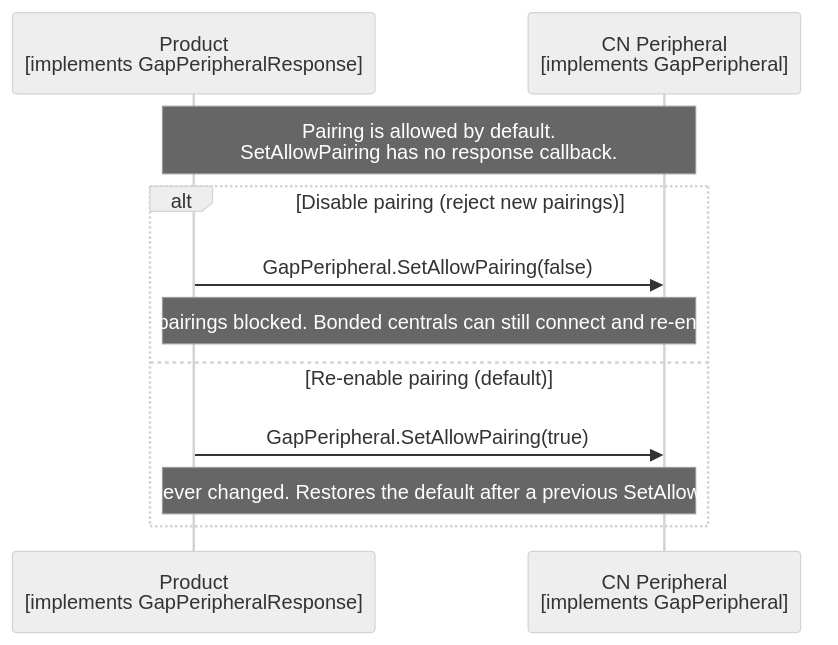
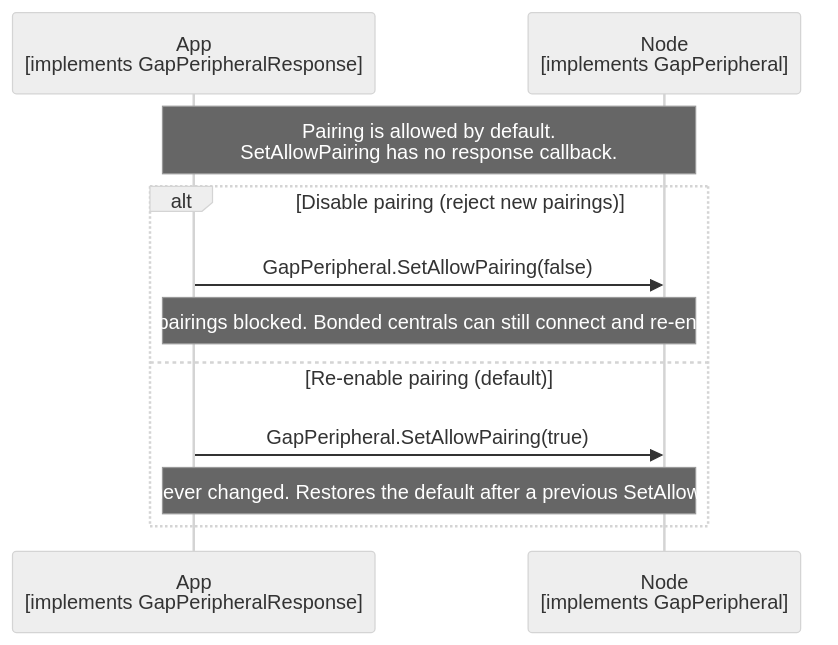
One commit to philips-software/amp-embedded-infra-lib changed the diagram in documents/modules/ROOT/partials/echoservices/gap_peripheral/GapPeripheral_SetAllowPairing_sequence.mmd. Above: the diagram before and after it, drawn with Mermaid (neutral theme). The commit also changed 36 other files, not shown here.

```diff
--- a/documents/modules/ROOT/partials/echoservices/gap_peripheral/GapPeripheral_SetAllowPairing_sequence.mmd
+++ b/documents/modules/ROOT/partials/echoservices/gap_peripheral/GapPeripheral_SetAllowPairing_sequence.mmd
@@ -1,13 +1,13 @@
 sequenceDiagram
-    participant Product as Product<br>[implements GapPeripheralResponse]
-    participant CN as CN Peripheral<br>[implements GapPeripheral]
+    participant App as App<br>[implements GapPeripheralResponse]
+    participant Node as Node<br>[implements GapPeripheral]
 
-    Note over Product, CN: Pairing is allowed by default.<br>SetAllowPairing has no response callback.
+    Note over App, Node: Pairing is allowed by default.<br>SetAllowPairing has no response callback.
 
     alt Disable pairing (reject new pairings)
-        Product->>CN: GapPeripheral.SetAllowPairing(false)
-        Note over Product, CN: New pairings blocked. Bonded centrals can still connect and re-encrypt.
+        App->>Node: GapPeripheral.SetAllowPairing(false)
+        Note over App, Node: New pairings blocked. Bonded centrals can still connect and re-encrypt.
     else Re-enable pairing (default)
-        Product->>CN: GapPeripheral.SetAllowPairing(true)
-        Note over Product, CN: Redundant if never changed. Restores the default after a previous SetAllowPairing(false).
+        App->>Node: GapPeripheral.SetAllowPairing(true)
+        Note over App, Node: Redundant if never changed. Restores the default after a previous SetAllowPairing(false).
     end
```
